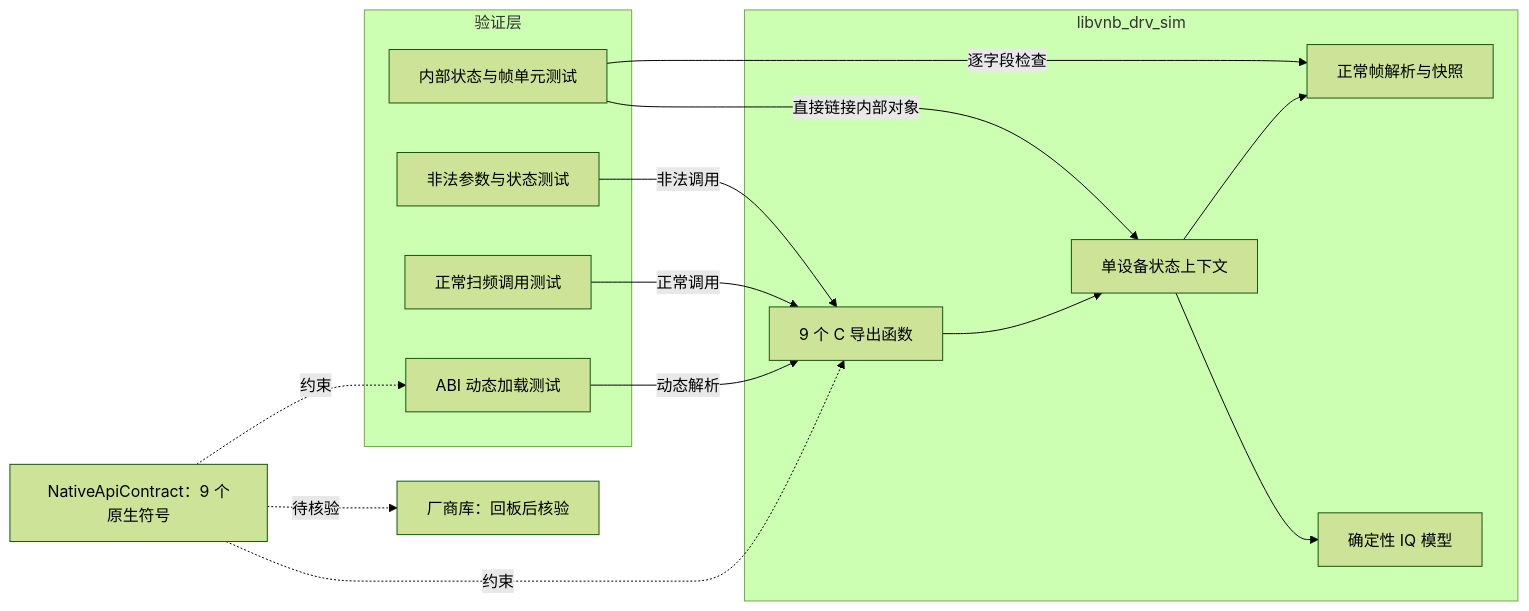
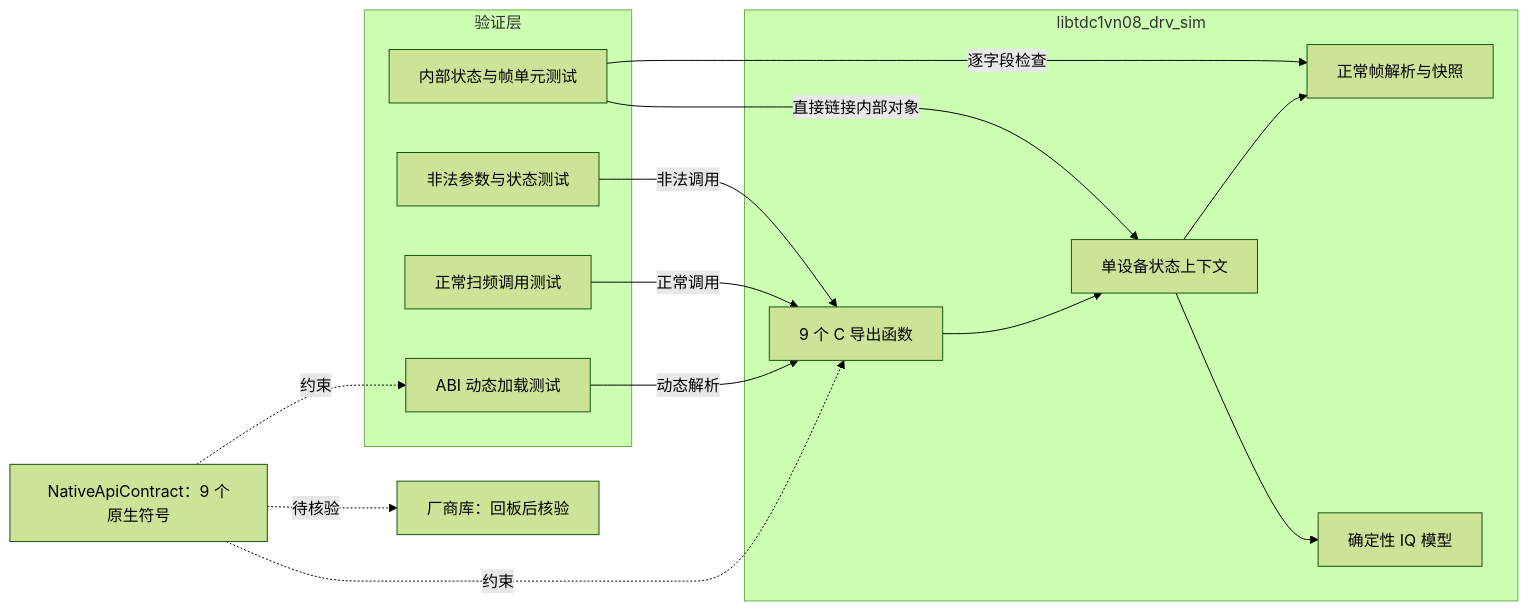
Before and after one commit to aniping/VnaPro: the first of 2 diagrams in docs/硬件模拟方案.md, drawn with Mermaid (forest theme). The commit also changed other lines of this file and 5 other files, not shown here.

````diff
--- a/docs/硬件模拟方案.md
+++ b/docs/硬件模拟方案.md
@@ -149,32 +151,32 @@
 ```mermaid
 flowchart LR
     nativeContract["NativeApiContract：9 个原生符号"]
 
     subgraph verificationLayer ["验证层"]
         abiProbe["ABI 动态加载测试"]
         normalScenario["正常扫频调用测试"]
         negativeScenario["非法参数与状态测试"]
         internalUnit["内部状态与帧单元测试"]
     end
 
-    subgraph simulatorLayer ["libvnb_drv_sim"]
+    subgraph simulatorLayer ["libtdc1vn08_drv_sim"]
         nativeExports["9 个 C 导出函数"]
         simulatorState["单设备状态上下文"]
         frameDecoder["正常帧解析与快照"]
         signalModel["确定性 IQ 模型"]
         nativeExports --> simulatorState
         simulatorState --> frameDecoder
         simulatorState --> signalModel
     end
 
     vendorLibrary["厂商库：回板后核验"]
 
     nativeContract -.->|"约束"| abiProbe
     nativeContract -.->|"约束"| nativeExports
     abiProbe -->|"动态解析"| nativeExports
     normalScenario -->|"正常调用"| nativeExports
     negativeScenario -->|"非法调用"| nativeExports
     internalUnit -->|"直接链接内部对象"| simulatorState
     internalUnit -->|"逐字段检查"| frameDecoder
     nativeContract -.->|"待核验"| vendorLibrary
 ```
````
